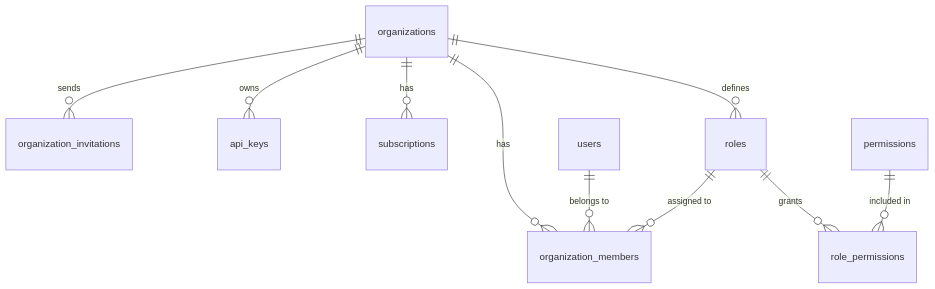
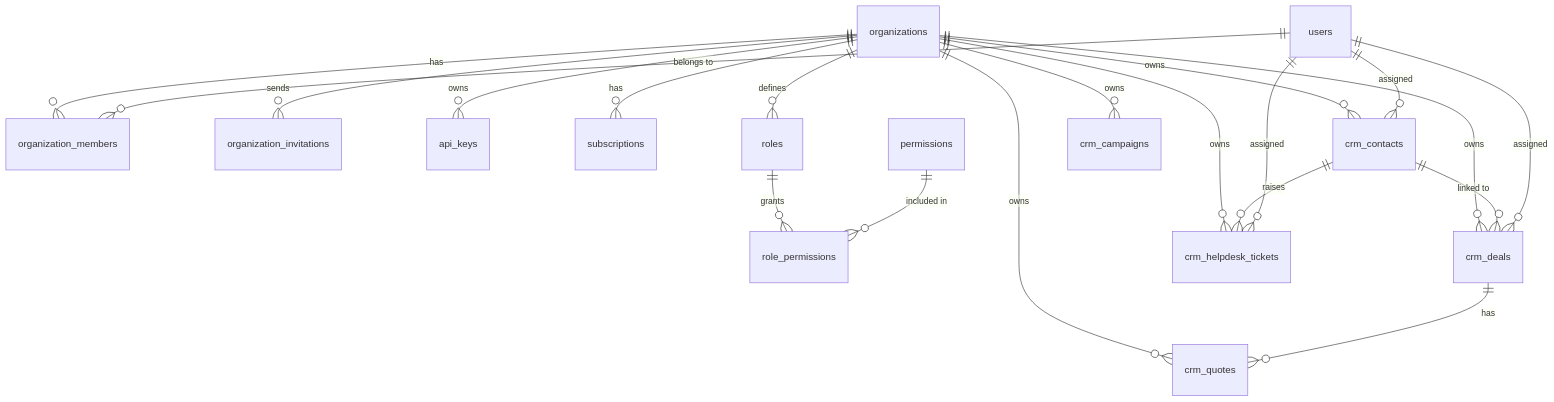
The diagram in documentation/architecture/database.md (patiHash1/Strata-prototype), drawn with Mermaid before and after one commit. The commit also changed other lines of this file and 17 other files, not shown here.

````diff
--- a/documentation/architecture/database.md
+++ b/documentation/architecture/database.md
@@ -9,12 +9,22 @@
 ```mermaid
 erDiagram
     organizations ||--o{ organization_members : "has"
     organizations ||--o{ organization_invitations : "sends"
     organizations ||--o{ api_keys : "owns"
     organizations ||--o{ subscriptions : "has"
     organizations ||--o{ roles : "defines"
     users ||--o{ organization_members : "belongs to"
-    roles ||--o{ organization_members : "assigned to"
     roles ||--o{ role_permissions : "grants"
     permissions ||--o{ role_permissions : "included in"
+    organizations ||--o{ crm_contacts : "owns"
+    organizations ||--o{ crm_deals : "owns"
+    organizations ||--o{ crm_quotes : "owns"
+    organizations ||--o{ crm_helpdesk_tickets : "owns"
+    organizations ||--o{ crm_campaigns : "owns"
+    crm_contacts ||--o{ crm_deals : "linked to"
+    crm_deals ||--o{ crm_quotes : "has"
+    crm_contacts ||--o{ crm_helpdesk_tickets : "raises"
+    users ||--o{ crm_contacts : "assigned"
+    users ||--o{ crm_deals : "assigned"
+    users ||--o{ crm_helpdesk_tickets : "assigned"
 ```
````
